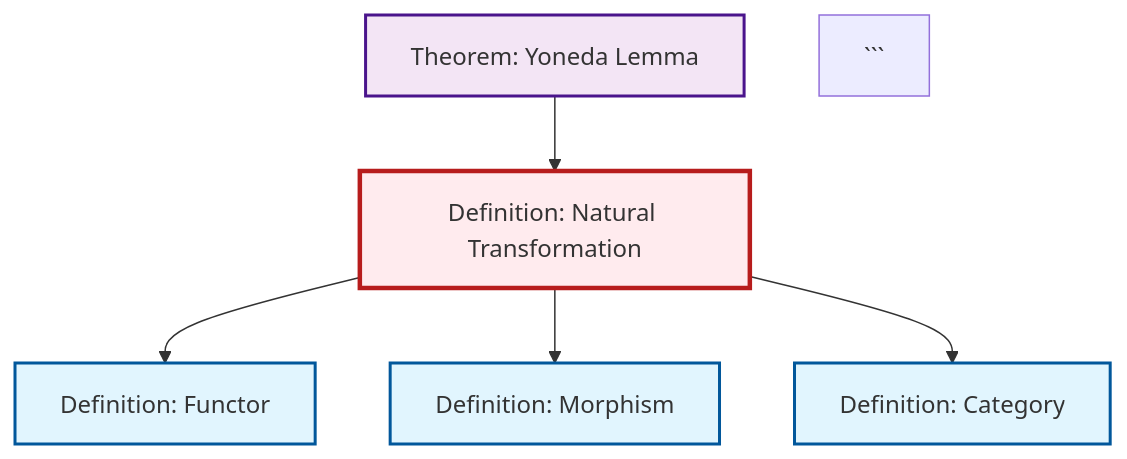
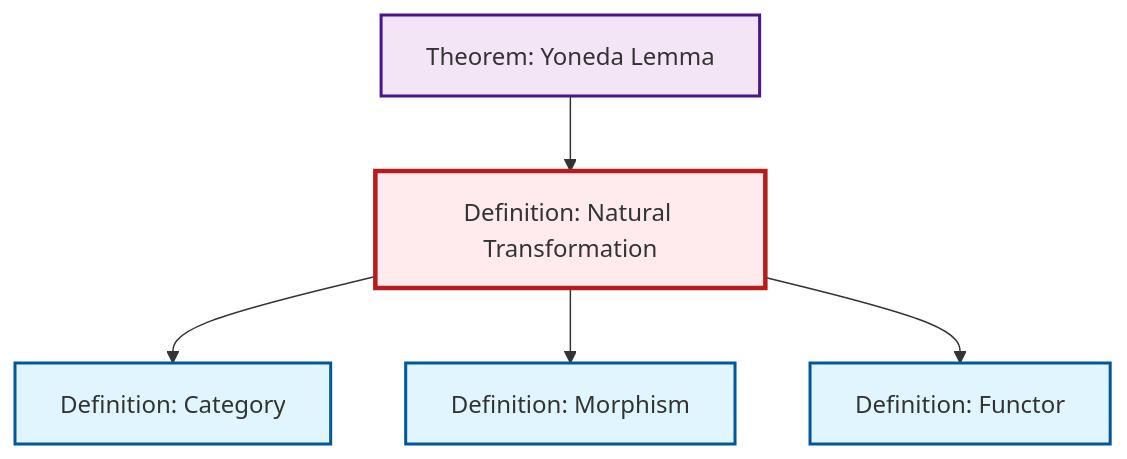
One commit to RK0429/ModernMath changed the diagram in output/mermaid/def-natural-transformation.mermaid. Above: the diagram before and after it, drawn with Mermaid. The commit also changed 1197 other files, not shown here.

````diff
--- a/output/mermaid/def-natural-transformation.mermaid
+++ b/output/mermaid/def-natural-transformation.mermaid
@@ -1,18 +1,17 @@
 %%| fig-cap: "Local dependency graph"
 graph TD
     classDef definition fill:#e1f5fe,stroke:#01579b,stroke-width:2px
     classDef theorem fill:#f3e5f5,stroke:#4a148c,stroke-width:2px
     classDef axiom fill:#fff3e0,stroke:#e65100,stroke-width:2px
     classDef example fill:#e8f5e9,stroke:#1b5e20,stroke-width:2px
     classDef current fill:#ffebee,stroke:#b71c1c,stroke-width:3px
     def-category["Definition: Category"]:::definition
-    def-natural-transformation["Definition: Natural Transformation"]:::definition
+    def-morphism["Definition: Morphism"]:::definition
     thm-yoneda["Theorem: Yoneda Lemma"]:::theorem
     def-functor["Definition: Functor"]:::definition
-    def-morphism["Definition: Morphism"]:::definition
+    def-natural-transformation["Definition: Natural Transformation"]:::definition
+    def-natural-transformation --> def-category
+    def-natural-transformation --> def-morphism
+    thm-yoneda --> def-natural-transformation
     def-natural-transformation --> def-functor
-    thm-yoneda --> def-natural-transformation
-    def-natural-transformation --> def-morphism
-    def-natural-transformation --> def-category
     class def-natural-transformation current
-```
````
